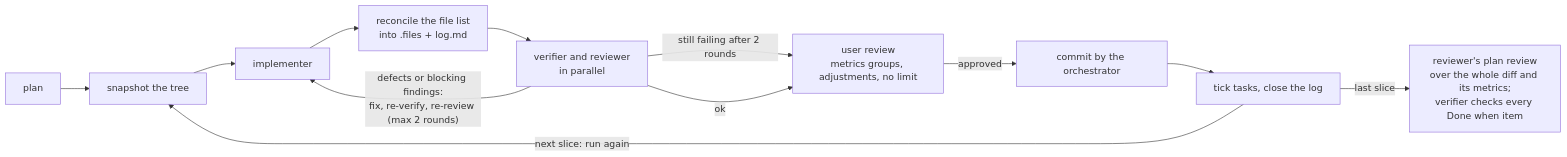
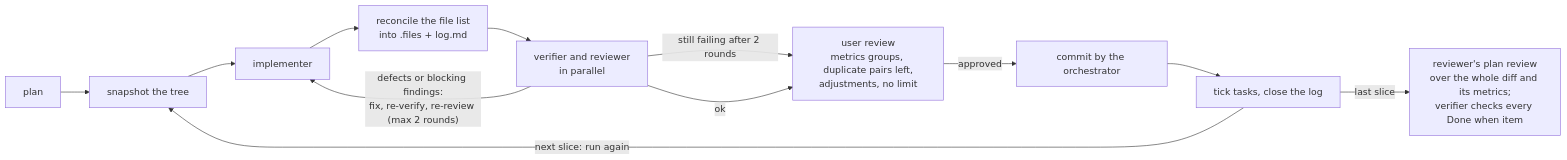
Before and after one commit to felipearpa/belay: the second of 2 diagrams in docs/structure.md, drawn with Mermaid. The commit also changed other lines of this file and 6 other files, not shown here.

````diff
--- a/docs/structure.md
+++ b/docs/structure.md
@@ -128,14 +128,14 @@
 ```mermaid
 flowchart LR
   P["plan"] --> S["snapshot the tree"]
   S --> I["implementer"]
   I --> R["reconcile the file list<br/>into .files + log.md"]
   R --> V["verifier and reviewer<br/>in parallel"]
   V -- "defects or blocking findings:<br/>fix, re-verify, re-review (max 2 rounds)" --> I
   V -- "still failing after 2 rounds" --> UR
-  V -- "ok" --> UR["user review<br/>metrics groups, adjustments, no limit"]
+  V -- "ok" --> UR["user review<br/>metrics groups, duplicate pairs left,<br/>adjustments, no limit"]
   UR -- "approved" --> C["commit by the orchestrator"]
   C --> T["tick tasks, close the log"]
   T -- "next slice: run again" --> S
   T -- "last slice" --> PR["reviewer's plan review<br/>over the whole diff and its metrics;<br/>verifier checks every Done when item"]
 ```
````
